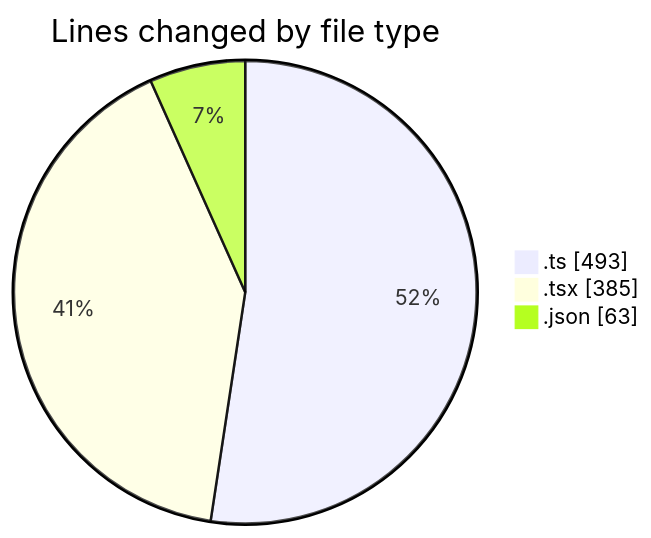
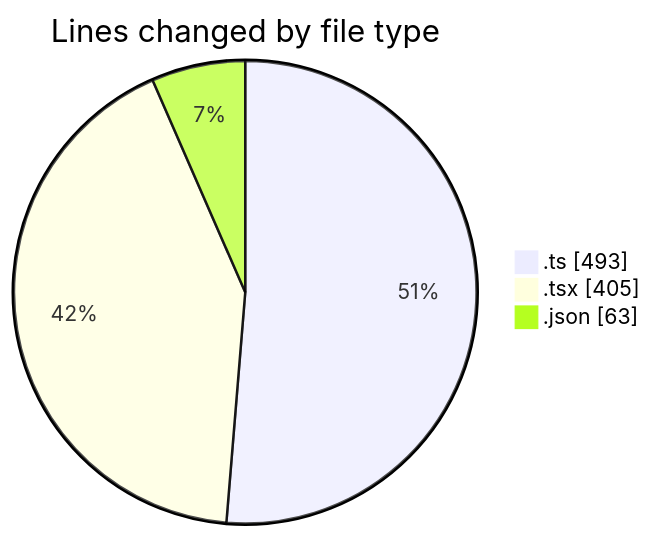
The first of 2 diagrams in 2025-11-24/eventscop-frontend-guide__workspace_/README.md (julien-gomy/code-tracking), drawn with Mermaid before and after one commit. The commit also changed other lines of this file and 1 other file, not shown here.

````diff
--- a/2025-11-24/eventscop-frontend-guide__workspace_/README.md
+++ b/2025-11-24/eventscop-frontend-guide__workspace_/README.md
@@ -33,7 +33,7 @@
 ```mermaid
 pie showData
 title Lines changed by file type
 ".ts" : 493
-".tsx" : 385
+".tsx" : 405
 ".json" : 63
 ```
````
